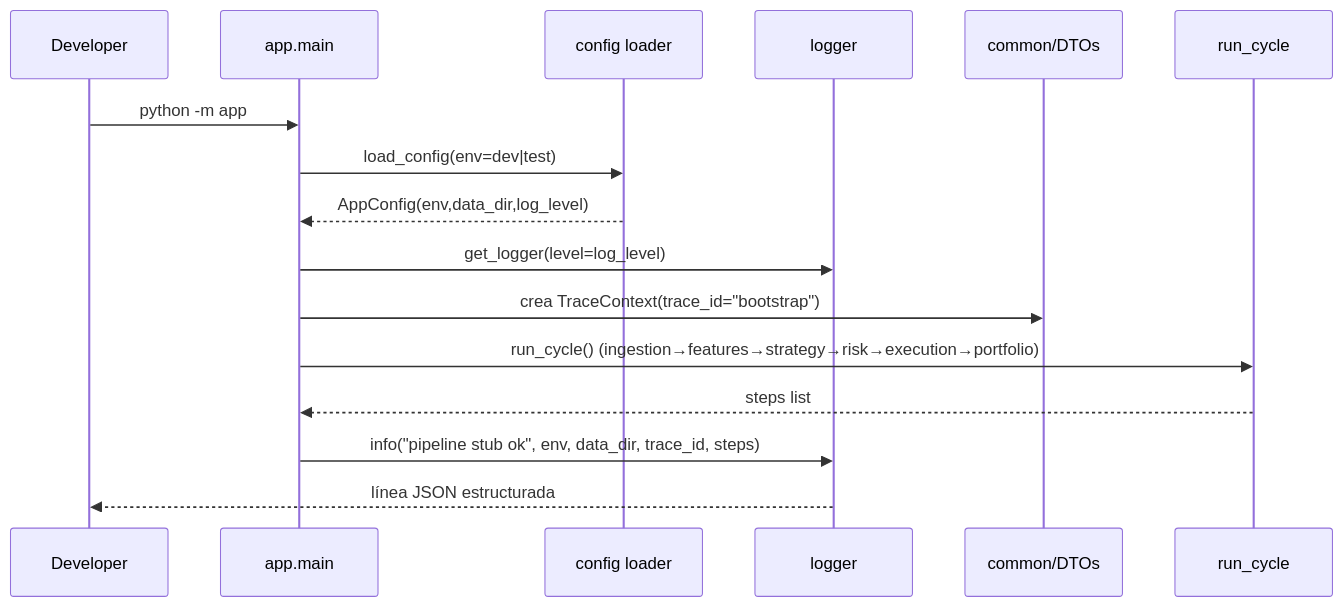
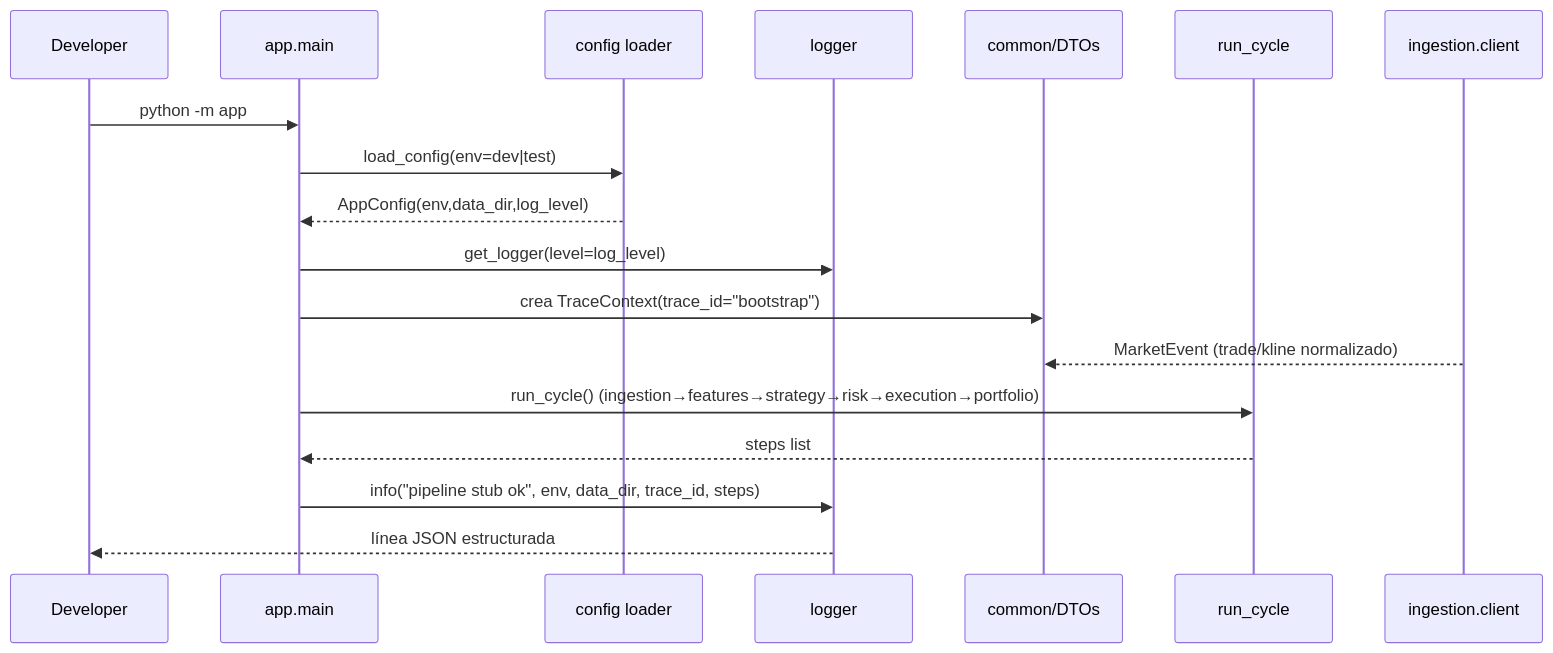
The third of 3 diagrams in docs/architecture.md (oscarlgarcia/MyTraderSystem), drawn with Mermaid before and after one commit. The commit also changed other lines of this file and 9 other files, not shown here.

````diff
--- a/docs/architecture.md
+++ b/docs/architecture.md
@@ -126,19 +128,21 @@
 ```mermaid
 sequenceDiagram
   participant Dev as Developer
   participant Main as app.main
   participant Config as config loader
   participant Logger as logger
   participant Common as common/DTOs
   participant Cycle as run_cycle
+  participant Ingest as ingestion.client
 
   Dev->>Main: python -m app
   Main->>Config: load_config(env=dev|test)
   Config-->>Main: AppConfig(env,data_dir,log_level)
   Main->>Logger: get_logger(level=log_level)
   Main->>Common: crea TraceContext(trace_id="bootstrap")
+  Ingest-->>Common: MarketEvent (trade/kline normalizado)
   Main->>Cycle: run_cycle() (ingestion→features→strategy→risk→execution→portfolio)
   Cycle-->>Main: steps list
   Main->>Logger: info("pipeline stub ok", env, data_dir, trace_id, steps)
   Logger-->>Dev: línea JSON estructurada
 ```
````
